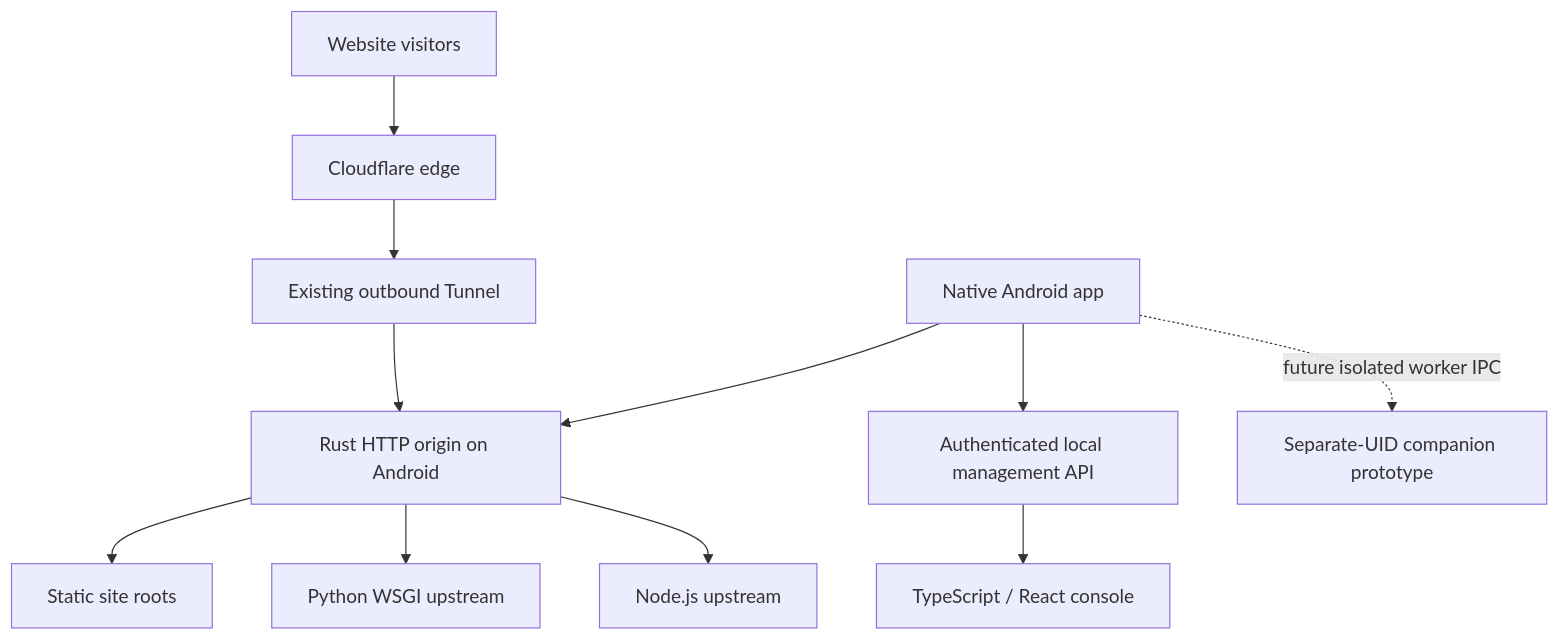
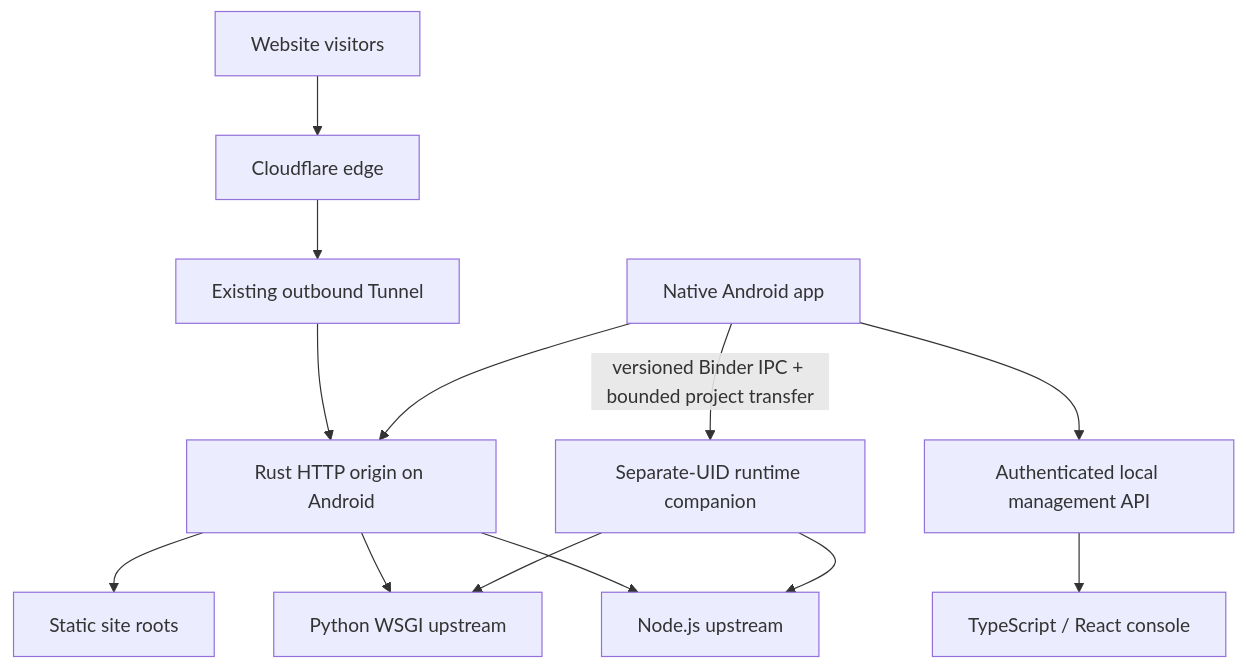
Before and after one commit to AssayFlux/PocketHost: the diagram in README.md, drawn with Mermaid. The commit also changed other lines of this file, not shown here.

Commit message:
Update README for separate-UID Python and Node companion integration

````diff
--- a/README.md
+++ b/README.md
@@ -60,13 +60,15 @@
 ```mermaid
 flowchart TD
   V[Website visitors] --> CF[Cloudflare edge]
   CF --> T[Existing outbound Tunnel]
   T --> R[Rust HTTP origin on Android]
   R --> S[Static site roots]
   R --> P[Python WSGI upstream]
   R --> N[Node.js upstream]
   A[Native Android app] --> R
   A --> M[Authenticated local management API]
   M --> C[TypeScript / React console]
-  A -. future isolated worker IPC .-> W[Separate-UID companion prototype]
+  A -->|versioned Binder IPC + bounded project transfer| W[Separate-UID runtime companion]
+  W --> P
+  W --> N
 ```
````
